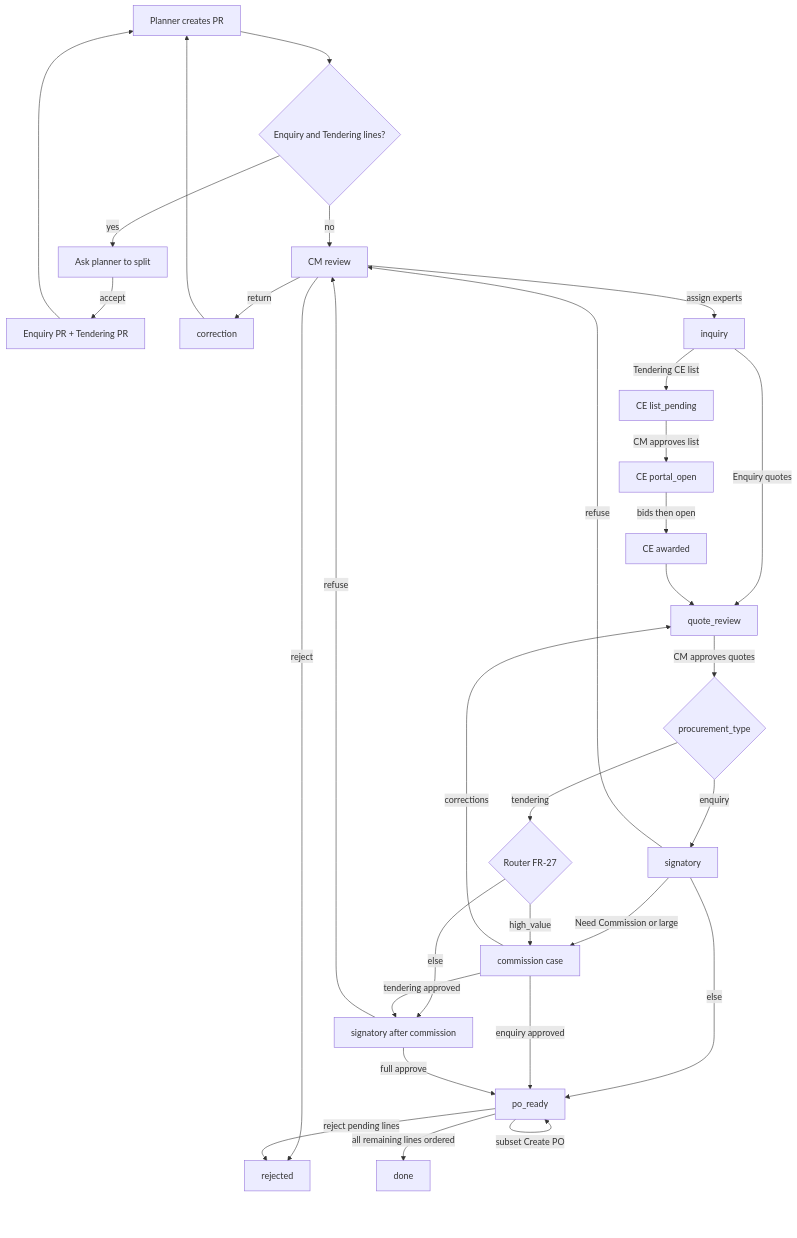
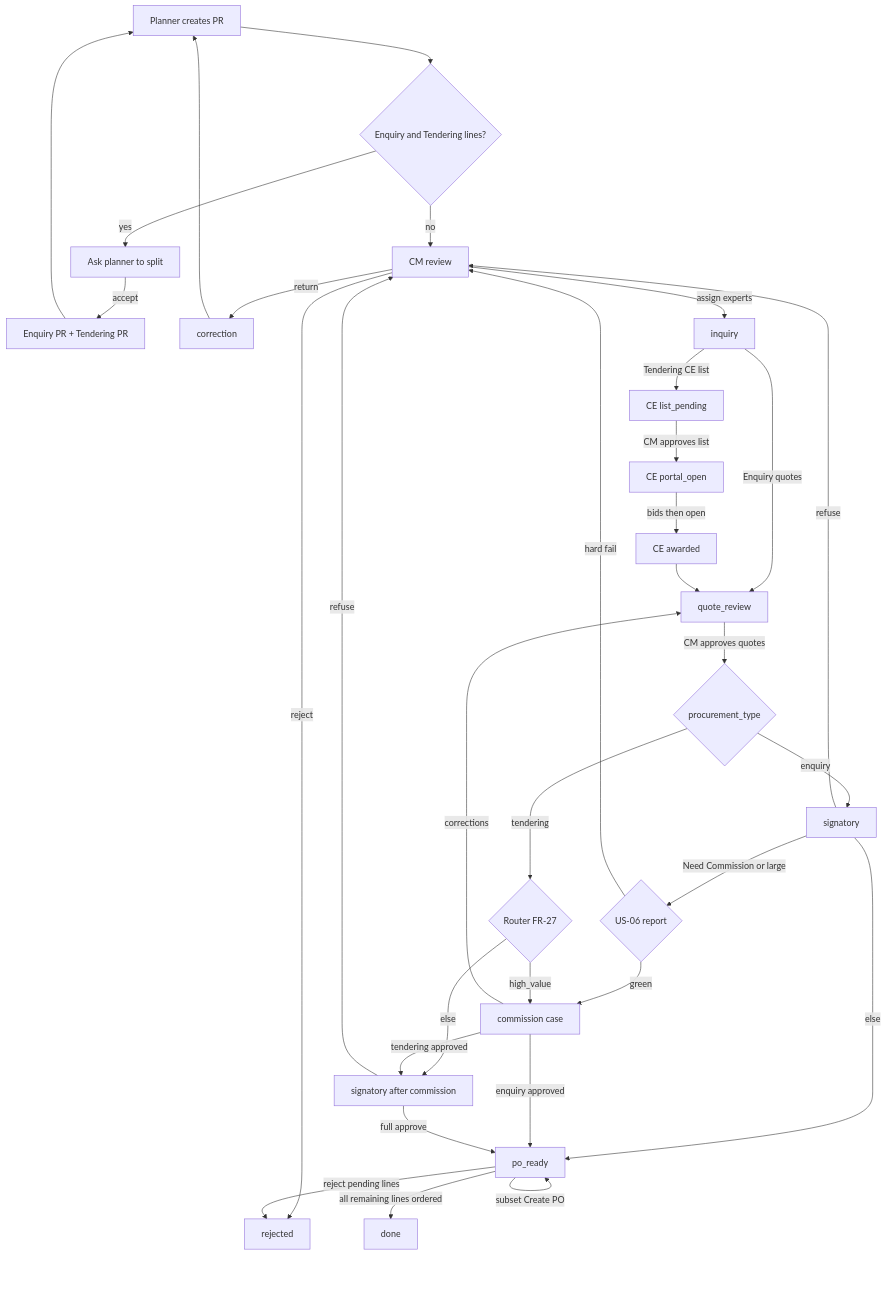
Before and after one commit to MohamadAzarifar/odoo-18-mammut: the second of 2 diagrams in odoo/addons-mammut/zvy_tendering/Architecture.md, drawn with Mermaid. The commit also changed other lines of this file and 17 other files, not shown here.

````diff
--- a/odoo/addons-mammut/zvy_tendering/Architecture.md
+++ b/odoo/addons-mammut/zvy_tendering/Architecture.md
@@ -419,34 +440,36 @@
 ```mermaid
 flowchart TD
     PlannerCreate[Planner creates PR]
     PlannerCreate --> Mixed{Enquiry and Tendering lines?}
     Mixed -->|yes| SplitAsk[Ask planner to split]
     SplitAsk -->|accept| TwoPRs[Enquiry PR + Tendering PR]
     TwoPRs --> PlannerCreate
     Mixed -->|no| CMReview[CM review]
     CMReview -->|reject| Rejected[rejected]
     CMReview -->|return| Correction[correction]
     Correction --> PlannerCreate
     CMReview -->|assign experts| Inquiry[inquiry]
     Inquiry -->|Enquiry quotes| QuoteReview[quote_review]
     Inquiry -->|Tendering CE list| CEList[CE list_pending]
     CEList -->|CM approves list| PortalOpen[CE portal_open]
     PortalOpen -->|bids then open| Award[CE awarded]
     Award --> QuoteReview
     QuoteReview -->|CM approves quotes| Kind{procurement_type}
     Kind -->|enquiry| SignInquiry[signatory]
-    SignInquiry -->|Need Commission or large| Commission[commission case]
+    SignInquiry -->|Need Commission or large| Precheck{US-06 report}
+    Precheck -->|hard fail| CMReview
+    Precheck -->|green| Commission[commission case]
     SignInquiry -->|else| PoReady[po_ready]
     Commission -->|enquiry approved| PoReady
     Kind -->|tendering| Router{Router FR-27}
     Router -->|high_value| Commission
     Router -->|else| SignTender[signatory after commission]
     Commission -->|tendering approved| SignTender
     Commission -->|corrections| QuoteReview
     SignTender -->|full approve| PoReady
     SignInquiry -->|refuse| CMReview
     SignTender -->|refuse| CMReview
     PoReady -->|subset Create PO| PoReady
     PoReady -->|all remaining lines ordered| Done[done]
     PoReady -->|reject pending lines| Rejected
 ```
````
